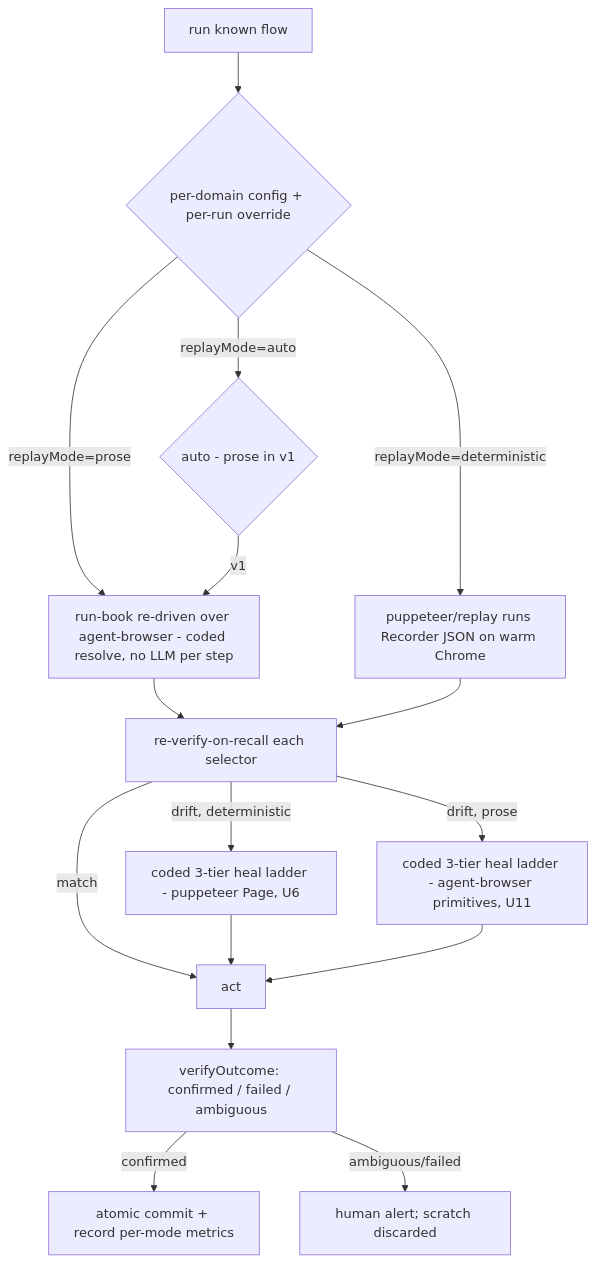
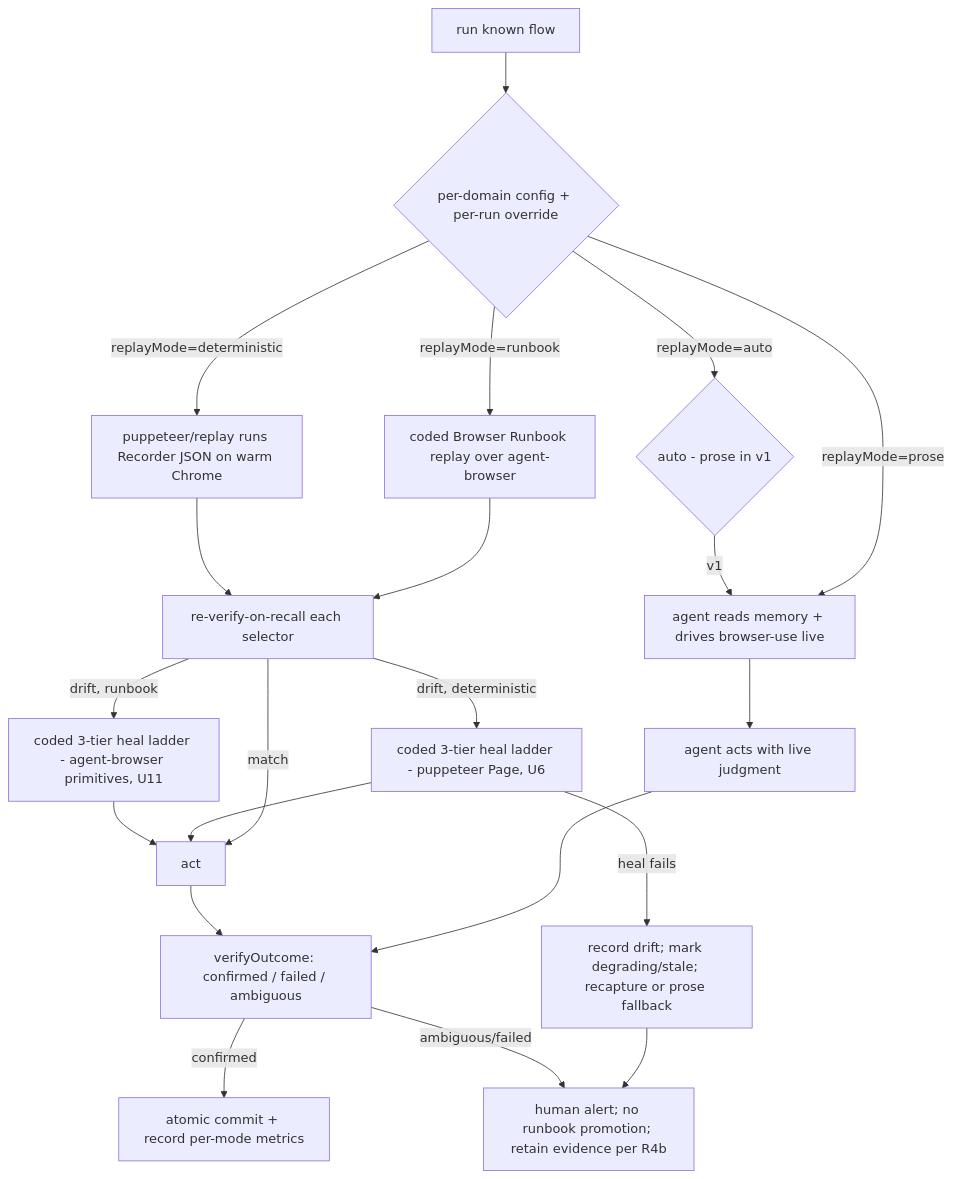
Before and after one commit to nathanvale/claude-code-config: the third of 3 diagrams in docs/plans/2026-05-31-001-feat-browser-domain-memory-plan.md, drawn with Mermaid. The commit also changed other lines of this file and 16 other files, not shown here.

````diff
--- a/docs/plans/2026-05-31-001-feat-browser-domain-memory-plan.md
+++ b/docs/plans/2026-05-31-001-feat-browser-domain-memory-plan.md
@@ -309,18 +431,23 @@
 ```mermaid
 flowchart TB
   RUN[run known flow] --> CFG{per-domain config + per-run override}
-  CFG -->|replayMode=prose| P[run-book re-driven over agent-browser - coded resolve, no LLM per step]
+  CFG -->|replayMode=prose| P[agent reads memory + drives browser-use live]
+  CFG -->|replayMode=runbook| R[coded Browser Runbook replay over agent-browser]
   CFG -->|replayMode=deterministic| D[puppeteer/replay runs Recorder JSON on warm Chrome]
   CFG -->|replayMode=auto| A{auto - prose in v1}
   A -->|v1| P
-  P --> RV[re-verify-on-recall each selector]
+  P --> LIVE[agent acts with live judgment]
+  R --> RV[re-verify-on-recall each selector]
   D --> RV
   RV -->|match| ACT[act]
   RV -->|drift, deterministic| HEALD[coded 3-tier heal ladder - puppeteer Page, U6]
-  RV -->|drift, prose| HEALP[coded 3-tier heal ladder - agent-browser primitives, U11]
+  RV -->|drift, runbook| HEALP[coded 3-tier heal ladder - agent-browser primitives, U11]
   HEALD --> ACT
+  HEALD -->|heal fails| FALLBACK[record drift; mark degrading/stale; recapture or prose fallback]
   HEALP --> ACT
-  ACT --> VO[verifyOutcome: confirmed / failed / ambiguous]
+  FALLBACK --> ALERT
+  LIVE --> VO[verifyOutcome: confirmed / failed / ambiguous]
+  ACT --> VO
   VO -->|confirmed| COMMIT[atomic commit + record per-mode metrics]
-  VO -->|ambiguous/failed| ALERT[human alert; scratch discarded]
+  VO -->|ambiguous/failed| ALERT[human alert; no runbook promotion; retain evidence per R4b]
 ```
````
